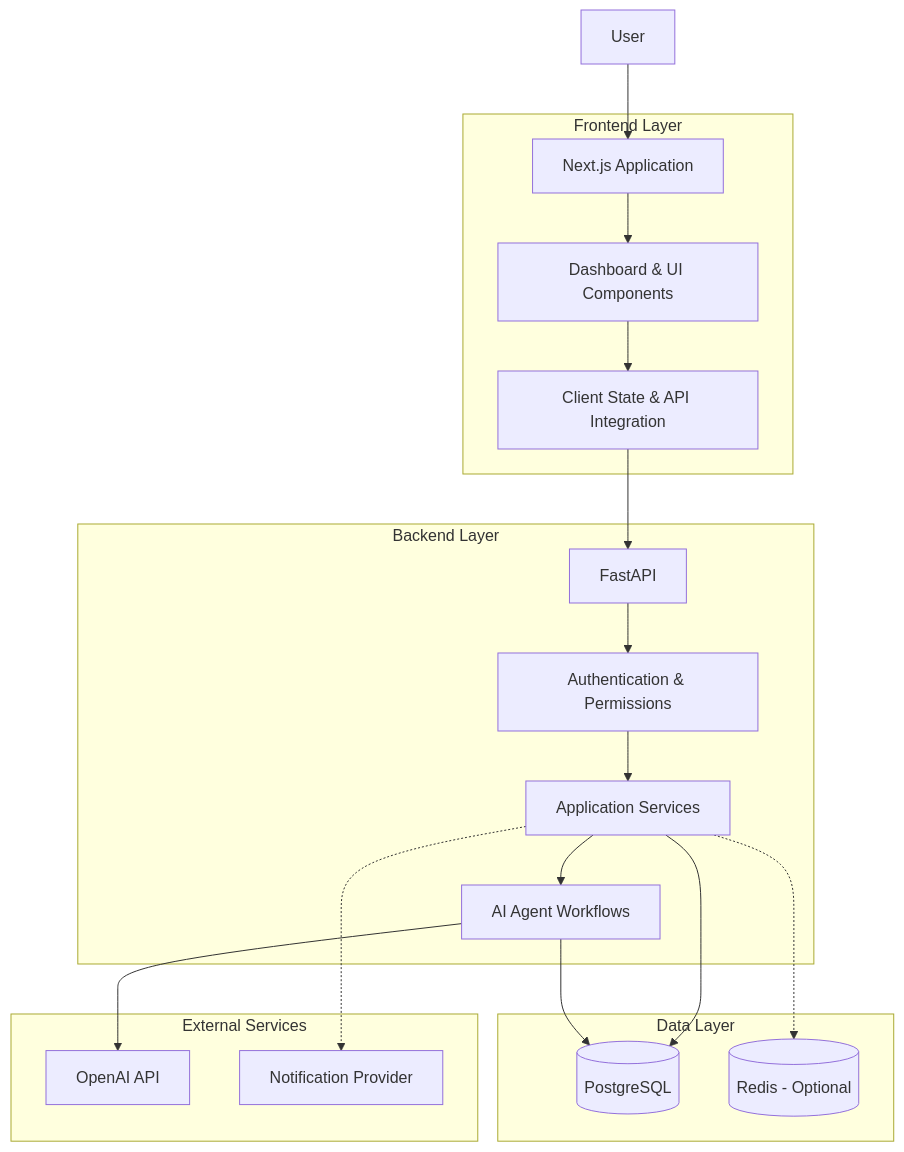
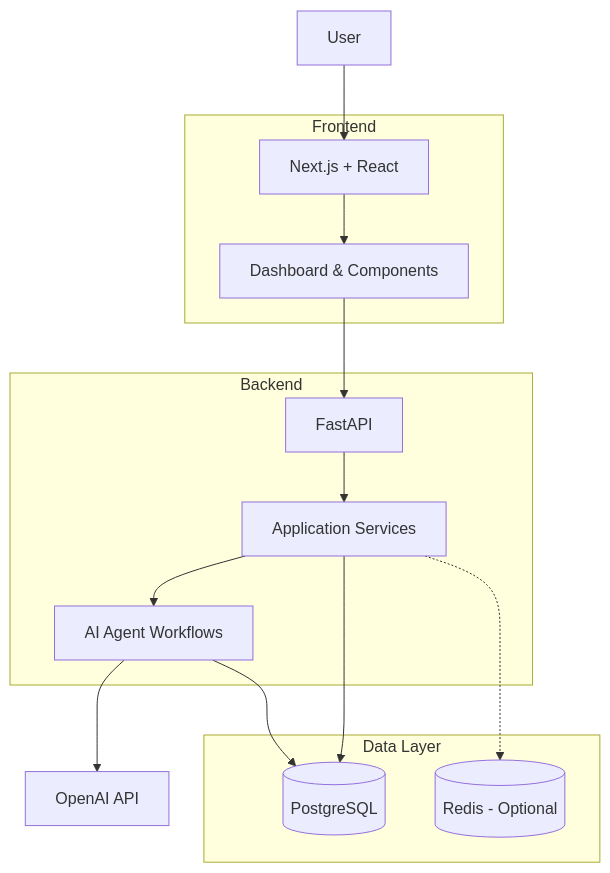
One commit to wasim2402/maybelater-ai changed the third of 4 diagrams in README.md. Above: the diagram before and after it, drawn with Mermaid. The commit also changed other lines of this file, not shown here.

````diff
--- a/README.md
+++ b/README.md
@@ -261,39 +99,32 @@
 ```mermaid
 flowchart TB
     USER["User"]
-    subgraph FRONTEND["Frontend Layer"]
-        WEB["Next.js Application"]
-        UI["Dashboard & UI Components"]
-        STATE["Client State & API Integration"]
+
+    subgraph FRONTEND["Frontend"]
+        WEB["Next.js + React"]
+        UI["Dashboard & Components"]
     end
 
-    subgraph BACKEND["Backend Layer"]
+    subgraph BACKEND["Backend"]
         API["FastAPI"]
-        AUTH["Authentication & Permissions"]
         SERVICES["Application Services"]
         AGENTS["AI Agent Workflows"]
     end
 
     subgraph DATA["Data Layer"]
         DB[("PostgreSQL")]
         REDIS[("Redis - Optional")]
     end
 
-    subgraph EXTERNAL["External Services"]
-        LLM["OpenAI API"]
-        EMAIL["Notification Provider"]
-    end
+    LLM["OpenAI API"]
 
     USER --> WEB
     WEB --> UI
-    UI --> STATE
-    STATE --> API
-    API --> AUTH
-    AUTH --> SERVICES
+    UI --> API
+    API --> SERVICES
     SERVICES --> AGENTS
     SERVICES --> DB
     AGENTS --> LLM
     AGENTS --> DB
     SERVICES -.-> REDIS
-    SERVICES -.-> EMAIL
 ```
````
